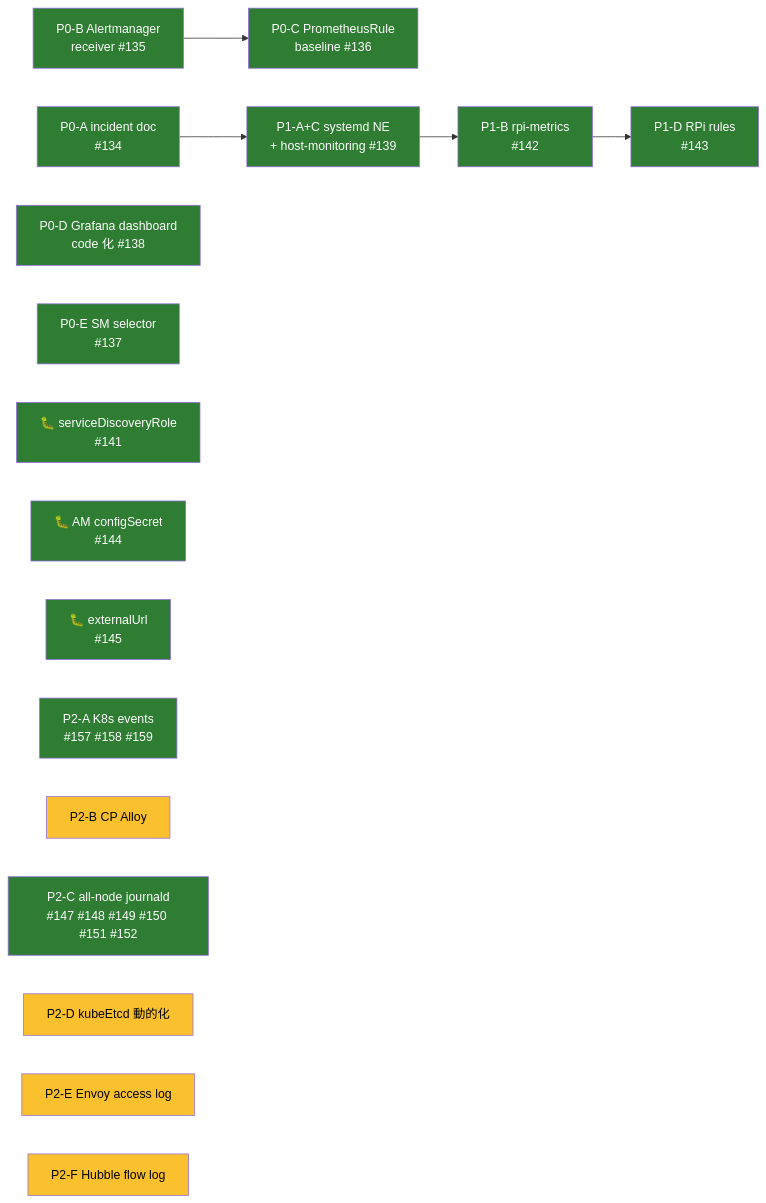
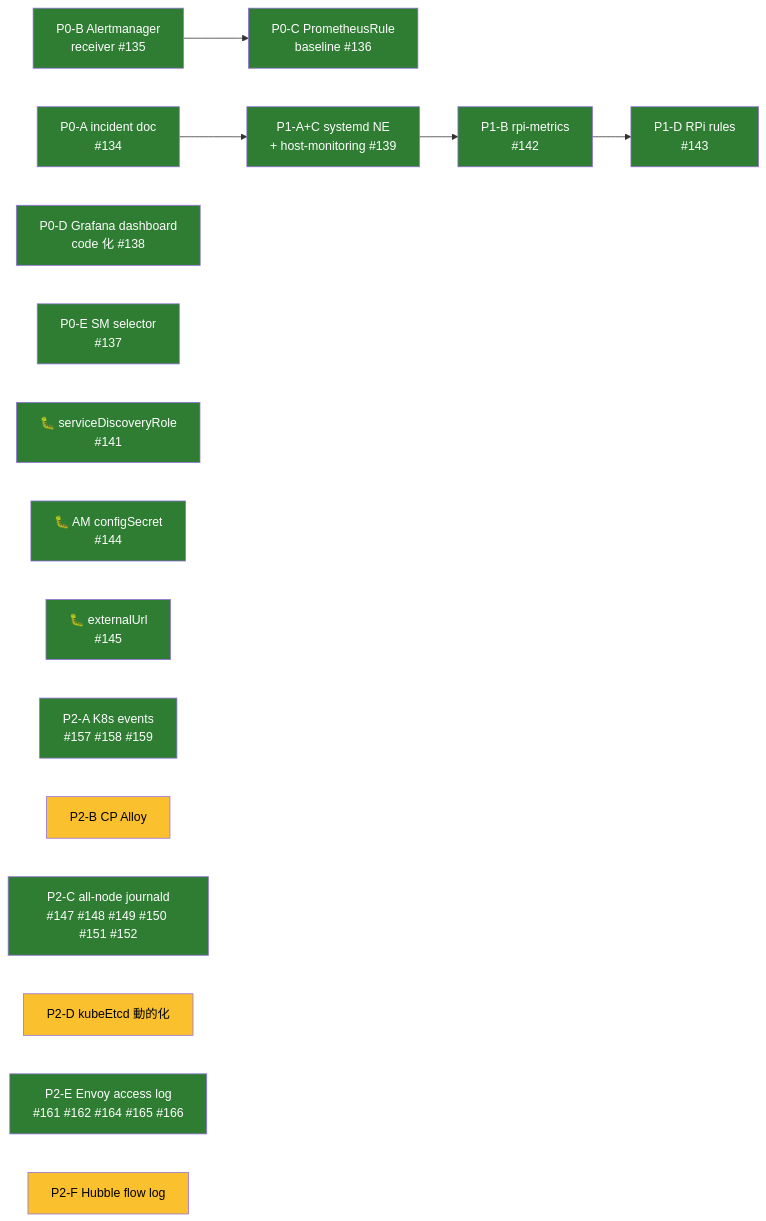
Before and after one commit to bright-room/br-cluster: the diagram in docs/observability-plan.md, drawn with Mermaid. The commit also changed other lines of this file, not shown here.

````diff
--- a/docs/observability-plan.md
+++ b/docs/observability-plan.md
@@ -19,31 +19,31 @@
 ```mermaid
 flowchart LR
   classDef done fill:#2e7d32,color:#fff
   classDef p2 fill:#fbc02d,color:#000
   classDef p3 fill:#9e9e9e,color:#fff
 
   P0A["P0-A incident doc<br/>#134"]:::done
   P0B["P0-B Alertmanager<br/>receiver #135"]:::done
   P0C["P0-C PrometheusRule<br/>baseline #136"]:::done
   P0D["P0-D Grafana dashboard<br/>code 化 #138"]:::done
   P0E["P0-E SM selector<br/>#137"]:::done
   P0F["🐛 serviceDiscoveryRole<br/>#141"]:::done
 
   P1AC["P1-A+C systemd NE<br/>+ host-monitoring #139"]:::done
   P1B["P1-B rpi-metrics<br/>#142"]:::done
   P1D["P1-D RPi rules<br/>#143"]:::done
   P1F["🐛 AM configSecret<br/>#144"]:::done
   P1G["🐛 externalUrl<br/>#145"]:::done
 
   P2A["P2-A K8s events<br/>#157 #158 #159"]:::done
   P2B["P2-B CP Alloy"]:::p2
   P2C["P2-C all-node journald<br/>#147 #148 #149 #150 #151 #152"]:::done
   P2D["P2-D kubeEtcd 動的化"]:::p2
-  P2E["P2-E Envoy access log"]:::p2
+  P2E["P2-E Envoy access log<br/>#161 #162 #164 #165 #166"]:::done
   P2F["P2-F Hubble flow log"]:::p2
 
   P0A --> P1AC
   P0B --> P0C
   P1AC --> P1B
   P1B --> P1D
 ```
````
